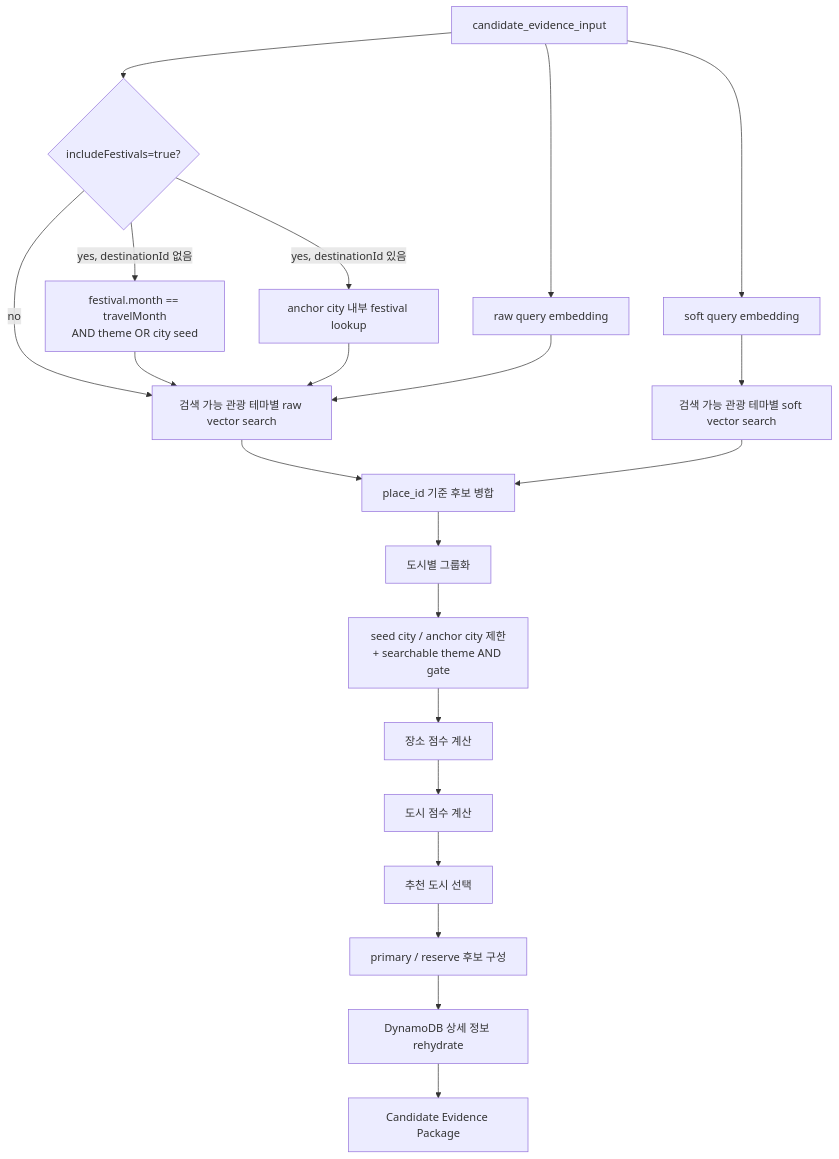
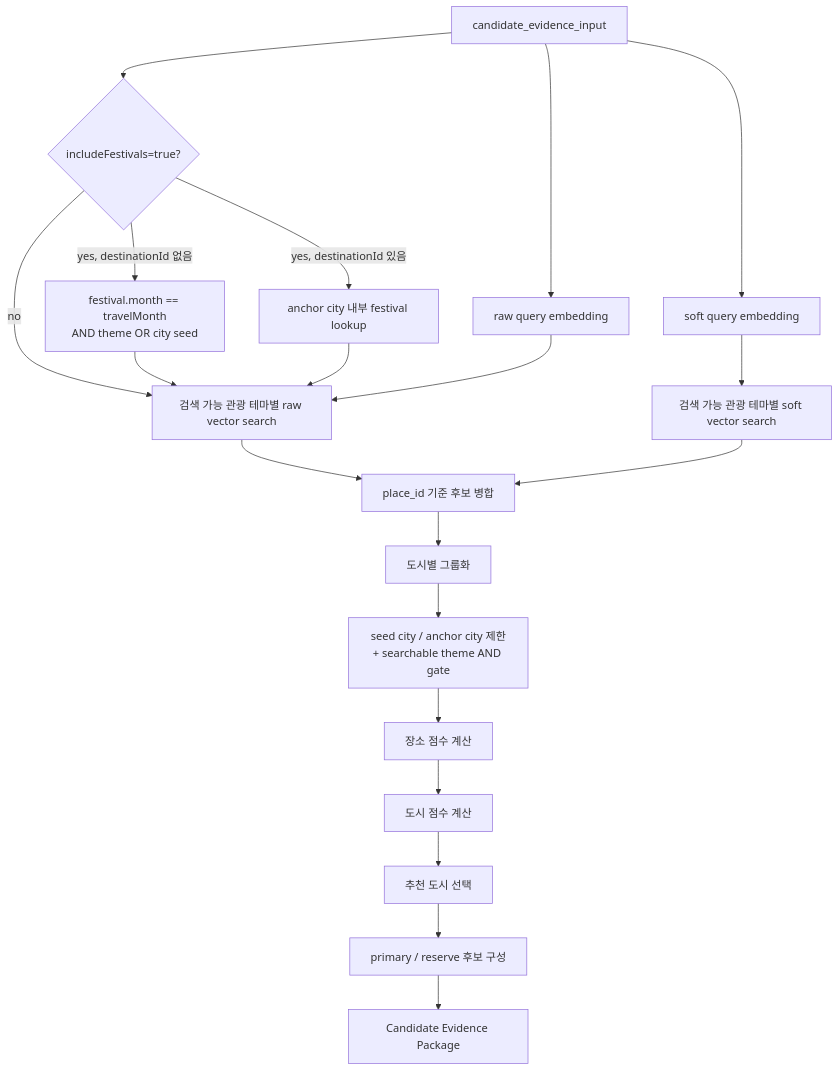
The second of 2 diagrams in docs/05_agent_spec/agent_integrated_explanation.md (Joraemon-s-Secret-Gadgets/oh_my_documents), drawn with Mermaid before and after one commit. The commit also changed other lines of this file and 6 other files, not shown here.

````diff
--- a/docs/05_agent_spec/agent_integrated_explanation.md
+++ b/docs/05_agent_spec/agent_integrated_explanation.md
@@ -402,23 +403,22 @@
 ```mermaid
 flowchart TD
     A["candidate_evidence_input"] --> B["raw query embedding"]
     A --> C["soft query embedding"]
     A --> FS{"includeFestivals=true?"}
     FS -- "yes, destinationId 없음" --> FC["festival.month == travelMonth\nAND theme OR city seed"]
     FS -- "yes, destinationId 있음" --> FL["anchor city 내부 festival lookup"]
     FS -- "no" --> D
     FC --> D["검색 가능 관광 테마별 raw vector search"]
     FL --> D
     B --> D
     C --> E["검색 가능 관광 테마별 soft vector search"]
     D --> F["place_id 기준 후보 병합"]
     E --> F
     F --> G["도시별 그룹화"]
     G --> H["seed city / anchor city 제한\n+ searchable theme AND gate"]
     H --> I["장소 점수 계산"]
     I --> J["도시 점수 계산"]
     J --> K["추천 도시 선택"]
     K --> L["primary / reserve 후보 구성"]
-    L --> M["DynamoDB 상세 정보 rehydrate"]
-    M --> N["Candidate Evidence Package"]
+    L --> M["Candidate Evidence Package"]
 ```
````
